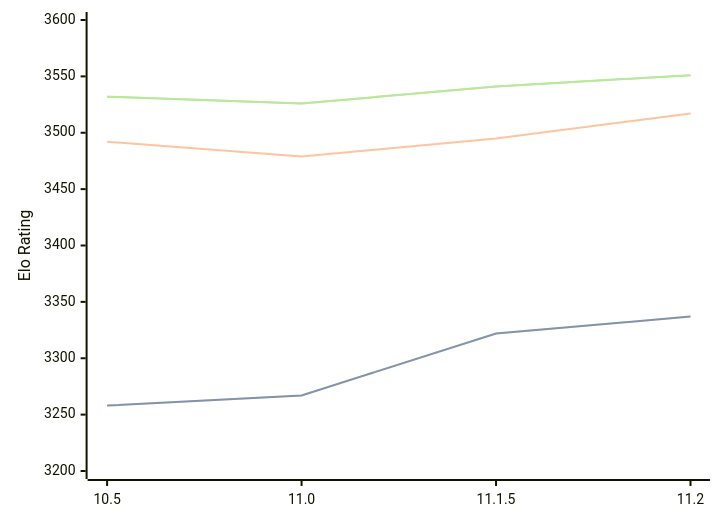
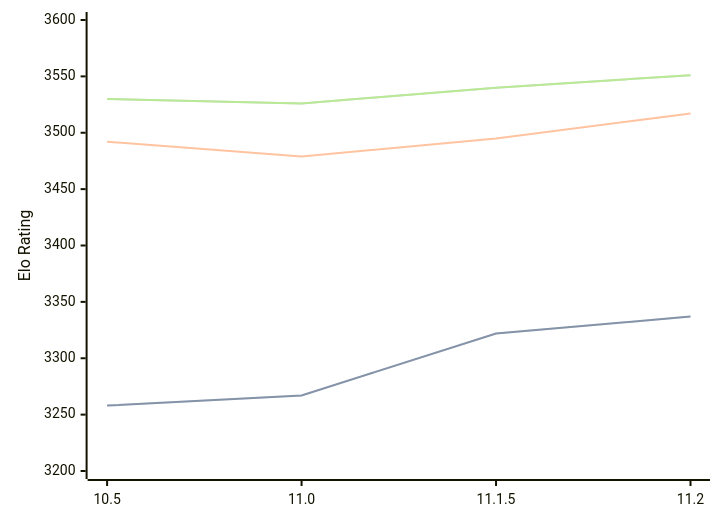
Before and after one commit to computer-chess-index/cci: the diagram in engines/Lizard.md, drawn with Mermaid. The commit also changed other lines of this file, not shown here.

Commit message:
Update CCI Ratings (ELO VLTC) - 2026-03-18

````diff
--- a/engines/Lizard.md
+++ b/engines/Lizard.md
@@ -44,11 +44,11 @@
 ```mermaid
 %%{init: {"theme":"base","themeVariables":{"seriesColors:['#a3a3a3','#222221','#faa371']}}}%%
 xychart-beta
   x-axis ["10.5", "11.0", "11.1.5", "11.2"]
   y-axis "Elo Rating" 3200 --> 3600
   line "STC (8.0+0.08s)" [3258, 3267, 3322, 3337]
   line "STC (8.0+0.08s)" [3258, 3267, 3322, 3337]
   line "LTC (60.0+0.60s)" [3492, 3479, 3495, 3517]
-  line "VLTC (2m24s+1.12s)" [3532, 3526, 3541, 3551]
-  line "VLTC (2m24s+1.12s)" [3532, 3526, 3541, 3551]
+  line "VLTC (2m24s+1.12s)" [3530, 3526, 3540, 3551]
+  line "VLTC (2m24s+1.12s)" [3530, 3526, 3540, 3551]
 ```
````
